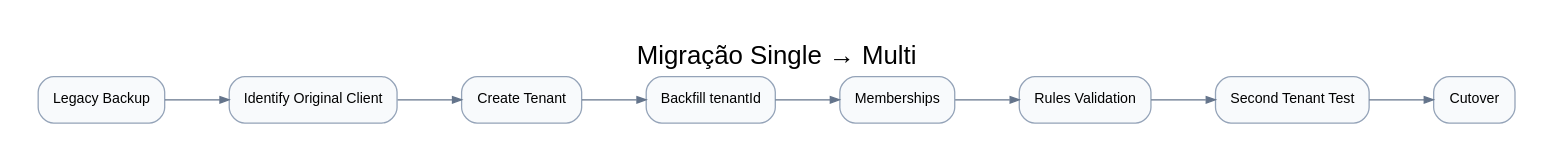
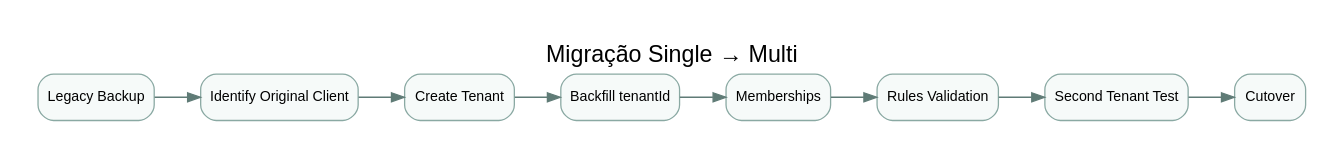
One commit to CristianoRFB/Dentista changed the diagram in docs/versions/v01-multitenant-whitelabel/diagrams/source/17-migration.dot. Above: the diagram before and after it, drawn with Graphviz. The commit also changed 132 other files, not shown here.

```diff
--- a/docs/versions/v01-multitenant-whitelabel/diagrams/source/17-migration.dot
+++ b/docs/versions/v01-multitenant-whitelabel/diagrams/source/17-migration.dot
@@ -1,20 +1,21 @@
 digraph G {
-  graph [rankdir=LR, bgcolor="white", pad="0.3", nodesep="0.45", ranksep="0.7", label="Migração Single → Multi", labelloc=t, fontsize=20, fontname="Arial"];
-  node [shape=box, style="rounded,filled", fillcolor="#f8fafc", color="#94a3b8", fontname="Arial", fontsize=11, margin="0.16,0.10"];
-  edge [color="#64748b", arrowsize=0.7, fontname="Arial"];
-  "Legacy Backup";
-  "Identify Original Client";
-  "Create Tenant";
-  "Backfill tenantId";
-  "Memberships";
-  "Rules Validation";
-  "Second Tenant Test";
-  "Cutover";
-  "Legacy Backup" -> "Identify Original Client";
-  "Identify Original Client" -> "Create Tenant";
-  "Create Tenant" -> "Backfill tenantId";
-  "Backfill tenantId" -> "Memberships";
-  "Memberships" -> "Rules Validation";
-  "Rules Validation" -> "Second Tenant Test";
-  "Second Tenant Test" -> "Cutover";
+  rankdir=LR;
+  graph [bgcolor="white", pad="0.3", label="Migração Single → Multi", labelloc=t, fontsize=18, fontname="Arial"];
+  node [shape=box, style="rounded,filled", fillcolor="#f6faf9", color="#8aa9a3", fontname="Arial", fontsize=11];
+  edge [color="#5f7b76", fontname="Arial", fontsize=9];
+  "N1" [label="Legacy Backup"];
+  "N2" [label="Identify Original Client"];
+  "N3" [label="Create Tenant"];
+  "N4" [label="Backfill tenantId"];
+  "N5" [label="Memberships"];
+  "N6" [label="Rules Validation"];
+  "N7" [label="Second Tenant Test"];
+  "N8" [label="Cutover"];
+  "N1" -> "N2";
+  "N2" -> "N3";
+  "N3" -> "N4";
+  "N4" -> "N5";
+  "N5" -> "N6";
+  "N6" -> "N7";
+  "N7" -> "N8";
 }
```
